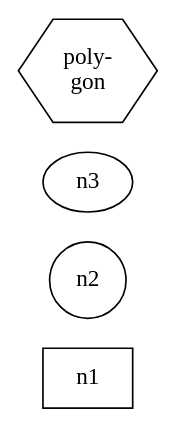
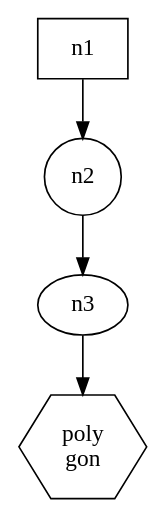
One commit to mark-summerfield/gviz changed the diagram in eg/test-nl.gv. Above: the diagram before and after it, drawn with Graphviz. The commit also changed 3 other files, not shown here.

```diff
--- a/eg/test-nl.gv
+++ b/eg/test-nl.gv
@@ -1,9 +1,11 @@
-graph {
-	rankdir=RL
-
+digraph {
 	n1 [shape=box]
 	n2 [shape=circle]
 		
 	n3 [shape=oval]
-	"poly-\ngon" [shape=polygon sides=6]
+	n4 [shape=polygon sides=6 label="poly\ngon"]
+	
+	n1 -> n2
+	n2 -> n3
+	n3 -> n4	
 }
```
